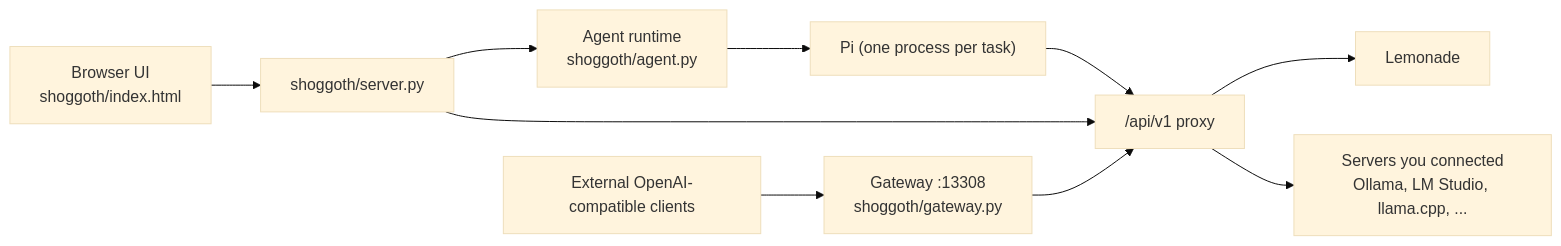
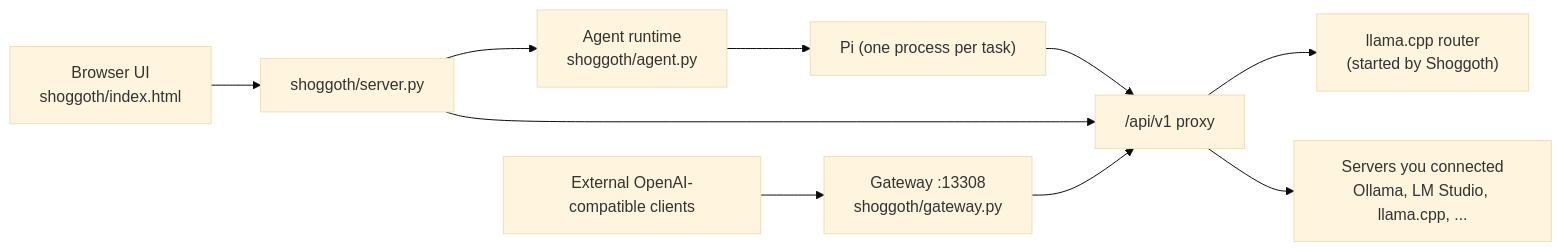
The diagram in docs/ARCHITECTURE.md (yudhanjaya/Shoggoth), drawn with Mermaid (base theme) before and after one commit. The commit also changed other lines of this file and 18 other files, not shown here.

````diff
--- a/docs/ARCHITECTURE.md
+++ b/docs/ARCHITECTURE.md
@@ -7,12 +7,12 @@
 ```mermaid
 flowchart LR
     ui["Browser UI<br/>shoggoth/index.html"] --> srv["shoggoth/server.py"]
     ext["External OpenAI-compatible clients"] --> gw["Gateway :13308<br/>shoggoth/gateway.py"]
     srv --> agent["Agent runtime<br/>shoggoth/agent.py"]
     agent --> pi["Pi (one process per task)"]
     pi --> proxy["/api/v1 proxy"]
     srv --> proxy
     gw --> proxy
-    proxy --> lem["Lemonade"]
+    proxy --> lcpp["llama.cpp router<br/>(started by Shoggoth)"]
     proxy --> srv2["Servers you connected<br/>Ollama, LM Studio, llama.cpp, ..."]
 ```
````
